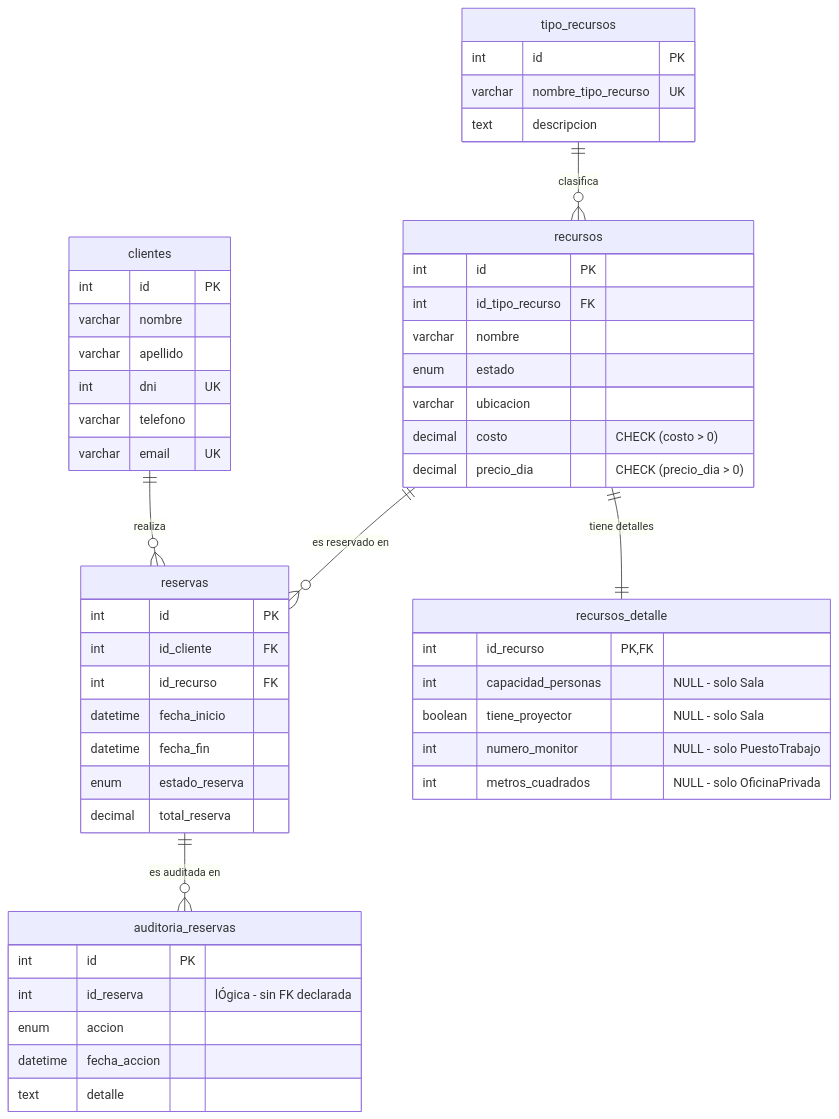
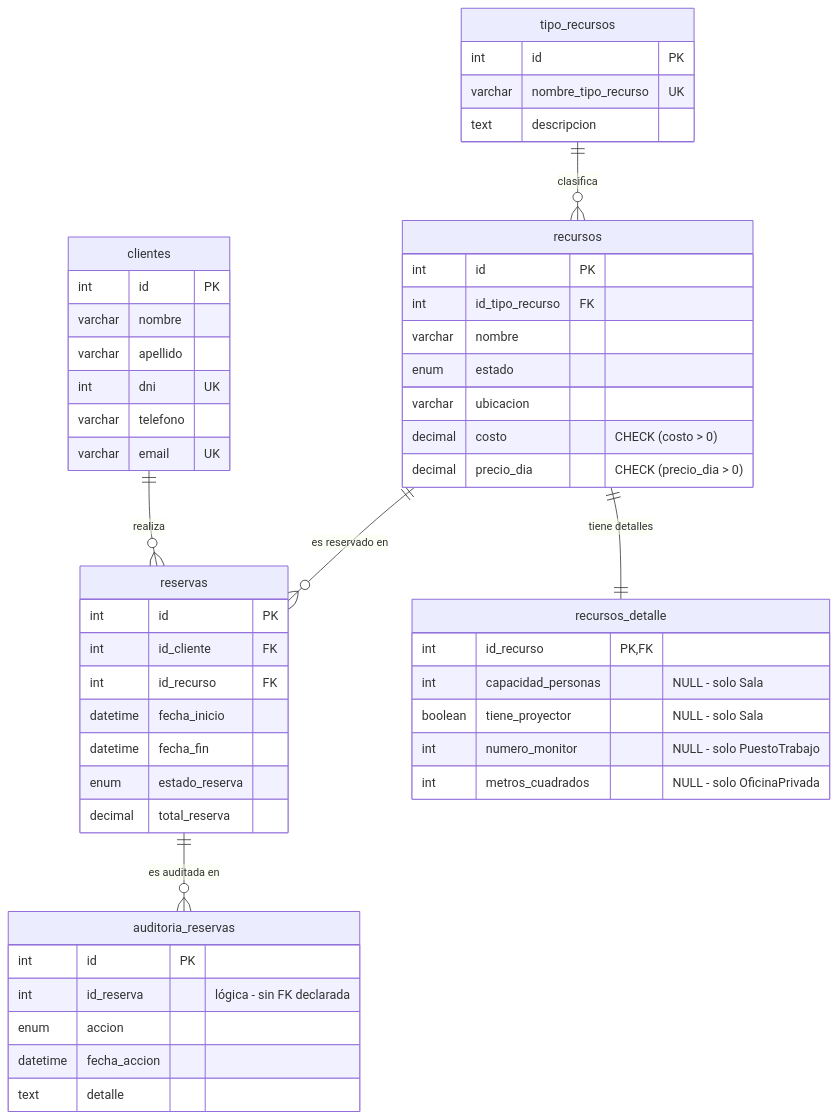
The diagram in Docs/DER.md (adrianbeep/final-algoritmos), drawn with Mermaid before and after one commit. The commit also changed 7 other files, not shown here.

````diff
--- a/Docs/DER.md
+++ b/Docs/DER.md
@@ -5,59 +5,59 @@
 ```mermaid
 erDiagram
     clientes {
         int id PK
         varchar nombre
         varchar apellido
         int dni UK
         varchar telefono
         varchar email UK
     }
 
     tipo_recursos {
         int id PK
         varchar nombre_tipo_recurso UK
         text descripcion
     }
 
     recursos {
         int id PK
         int id_tipo_recurso FK
         varchar nombre
         enum estado
         varchar ubicacion
         decimal costo "CHECK (costo > 0)"
         decimal precio_dia "CHECK (precio_dia > 0)"
     }
 
     recursos_detalle {
         int id_recurso PK,FK
         int capacidad_personas "NULL - solo Sala"
         boolean tiene_proyector "NULL - solo Sala"
         int numero_monitor "NULL - solo PuestoTrabajo"
         int metros_cuadrados "NULL - solo OficinaPrivada"
     }
 
     reservas {
         int id PK
         int id_cliente FK
         int id_recurso FK
         datetime fecha_inicio
         datetime fecha_fin
         enum estado_reserva
         decimal total_reserva
     }
 
     auditoria_reservas {
         int id PK
-        int id_reserva "lÓgica - sin FK declarada"
+        int id_reserva "lógica - sin FK declarada"
         enum accion
         datetime fecha_accion
         text detalle
     }
 
     clientes ||--o{ reservas : "realiza"
     tipo_recursos ||--o{ recursos : "clasifica"
     recursos ||--o{ reservas : "es reservado en"
     recursos ||--|| recursos_detalle : "tiene detalles"
     reservas ||--o{ auditoria_reservas : "es auditada en"
 ```
````
